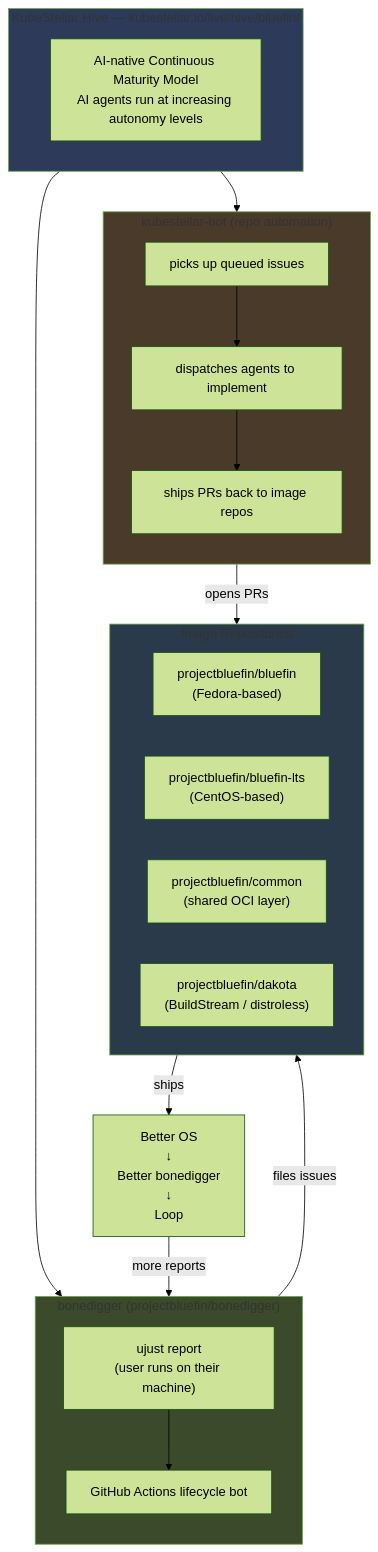
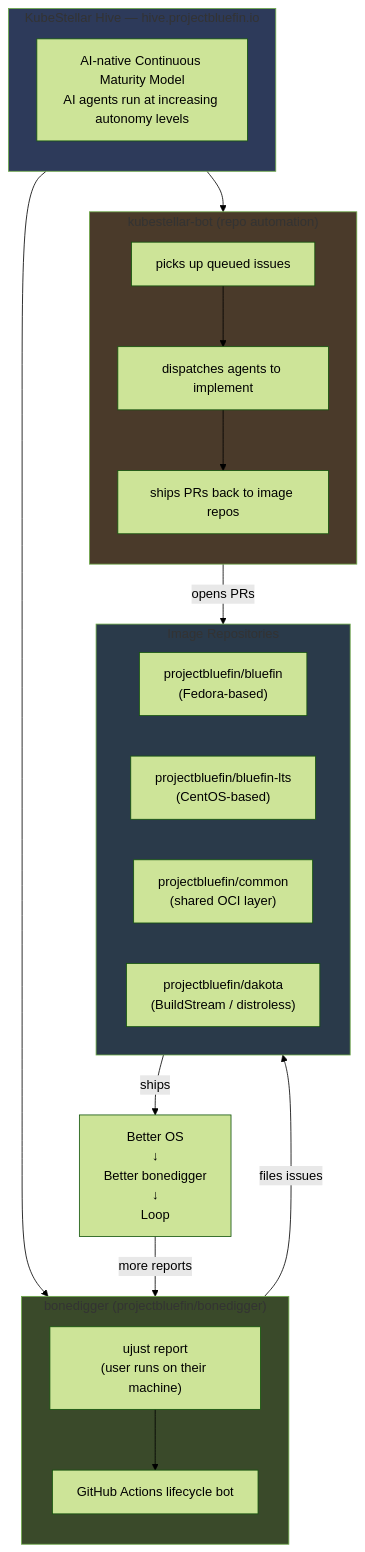
One commit to projectbluefin/documentation changed the first of 5 diagrams in docs/agentic-contributing.md. Above: the diagram before and after it, drawn with Mermaid (forest theme). The commit also changed other lines of this file and 2 other files, not shown here.

First line of the commit message:
docs: announce mcp.projectbluefin.io and update hive links

````diff
--- a/docs/agentic-contributing.md
+++ b/docs/agentic-contributing.md
@@ -55,44 +55,44 @@
 ```mermaid
 flowchart TB
-    subgraph hive["KubeStellar Hive — kubestellar.io/live/hive/bluefin/"]
+    subgraph hive["KubeStellar Hive — hive.projectbluefin.io"]
         direction TB
         acmm["AI-native Continuous Maturity Model\nAI agents run at increasing autonomy levels"]
     end
 
     hive --> bonedigger
     hive --> kubestellar_bot
 
     subgraph bonedigger["bonedigger (projectbluefin/bonedigger)"]
         direction TB
         ujust["ujust report\n(user runs on their machine)"]
         bot["GitHub Actions lifecycle bot"]
         ujust --> bot
     end
 
     subgraph kubestellar_bot["kubestellar-bot (repo automation)"]
         direction TB
         picks["picks up queued issues"]
         dispatches["dispatches agents to implement"]
         ships["ships PRs back to image repos"]
         picks --> dispatches --> ships
     end
 
     bonedigger -->|files issues| image_repos
     kubestellar_bot -->|opens PRs| image_repos
 
     subgraph image_repos["Image Repositories"]
         direction LR
         bluefin["projectbluefin/bluefin\n(Fedora-based)"]
         lts["projectbluefin/bluefin-lts\n(CentOS-based)"]
         common["projectbluefin/common\n(shared OCI layer)"]
         dakota["projectbluefin/dakota\n(BuildStream / distroless)"]
     end
 
     image_repos -->|ships| loop["Better OS\n↓\nBetter bonedigger\n↓\nLoop"]
     loop -->|more reports| bonedigger
 
     style hive fill:#2d3a5a
     style bonedigger fill:#3a4a2a
     style kubestellar_bot fill:#4a3a2a
     style image_repos fill:#2a3a4a
 ```
````
